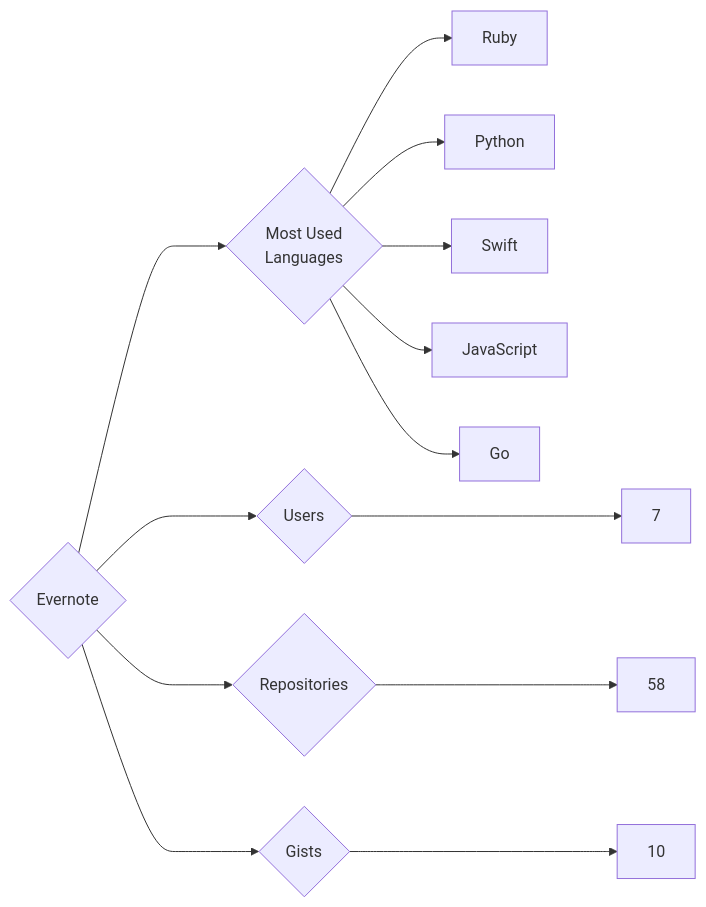
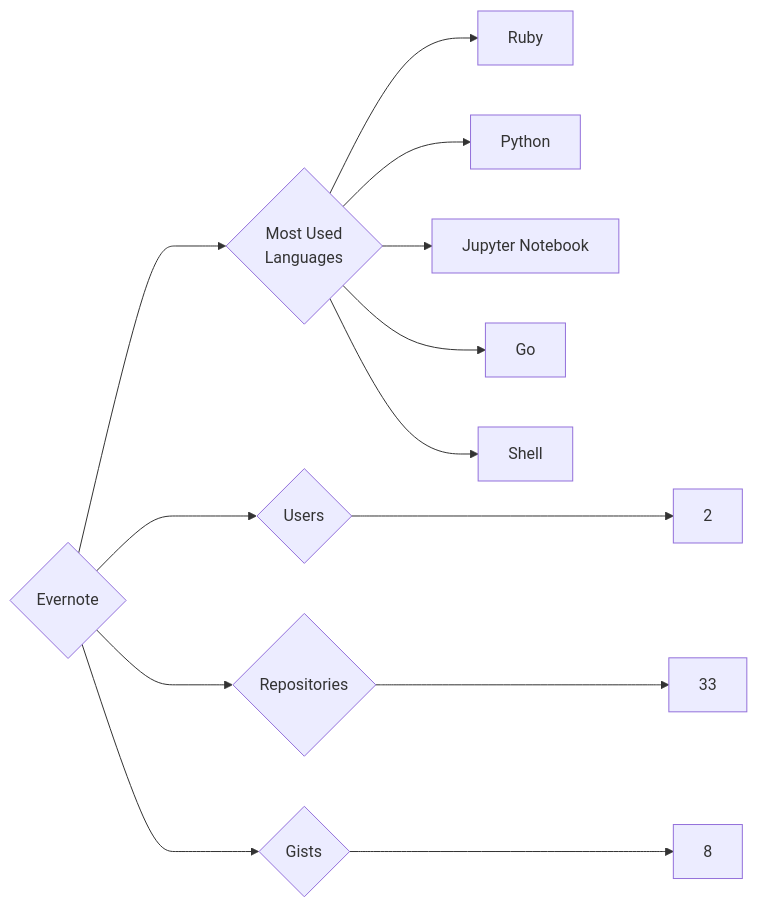
Before and after one commit to trickest/insiders: the diagram in targets/Evernote/README.md, drawn with Mermaid. The commit also changed 865 other files, not shown here.

````diff
--- a/targets/Evernote/README.md
+++ b/targets/Evernote/README.md
@@ -3,13 +3,13 @@
 ```mermaid
 graph LR
 COMPANY_NAME{Evernote}
-COMPANY_NAME ---> U{Users} ---> UN[7]
-COMPANY_NAME ---> R{Repositories} ---> RN[58]
-COMPANY_NAME ---> G{Gists} ---> GN[10]
+COMPANY_NAME ---> U{Users} ---> UN[2]
+COMPANY_NAME ---> R{Repositories} ---> RN[33]
+COMPANY_NAME ---> G{Gists} ---> GN[8]
 COMPANY_NAME ---> ML{Most Used<br>Languages}
 ML --> Ruby[Ruby]
 ML --> Python[Python]
-ML --> Swift[Swift]
-ML --> JavaScript[JavaScript]
+ML --> Jupyter_Notebook[Jupyter Notebook]
 ML --> Go[Go]
+ML --> Shell[Shell]
 ```
````
